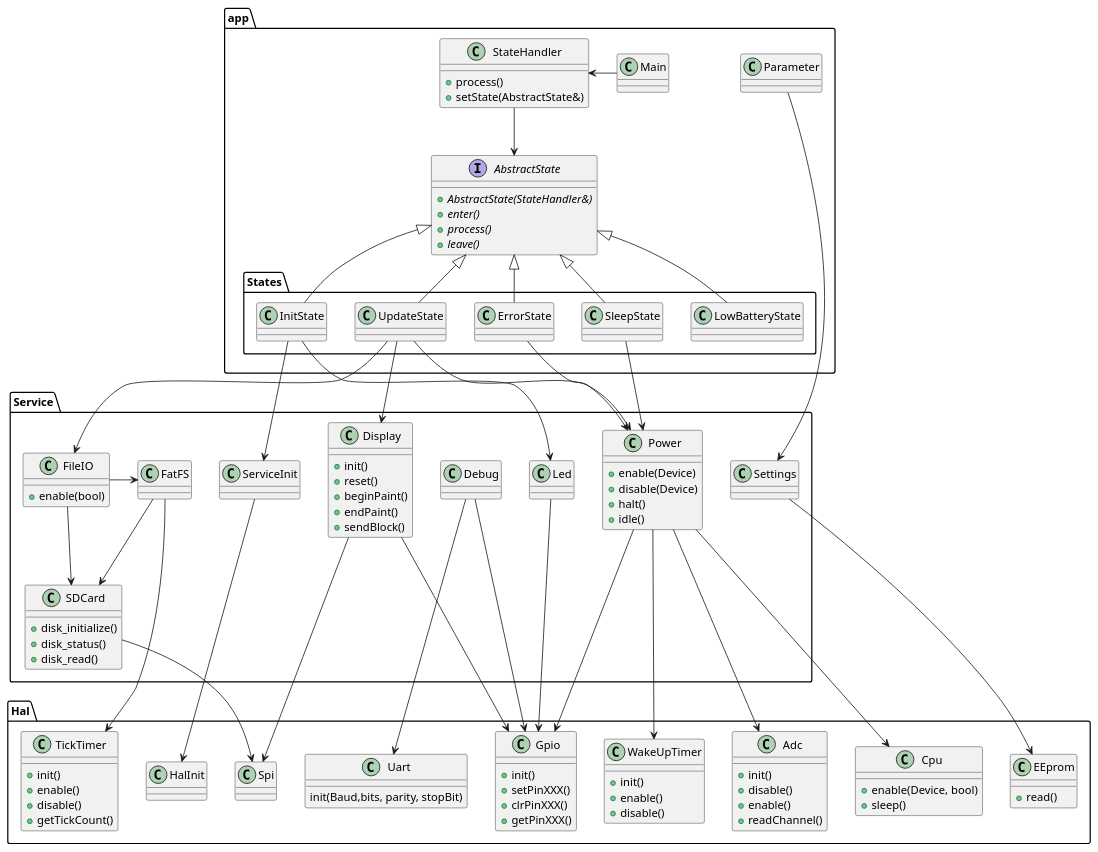
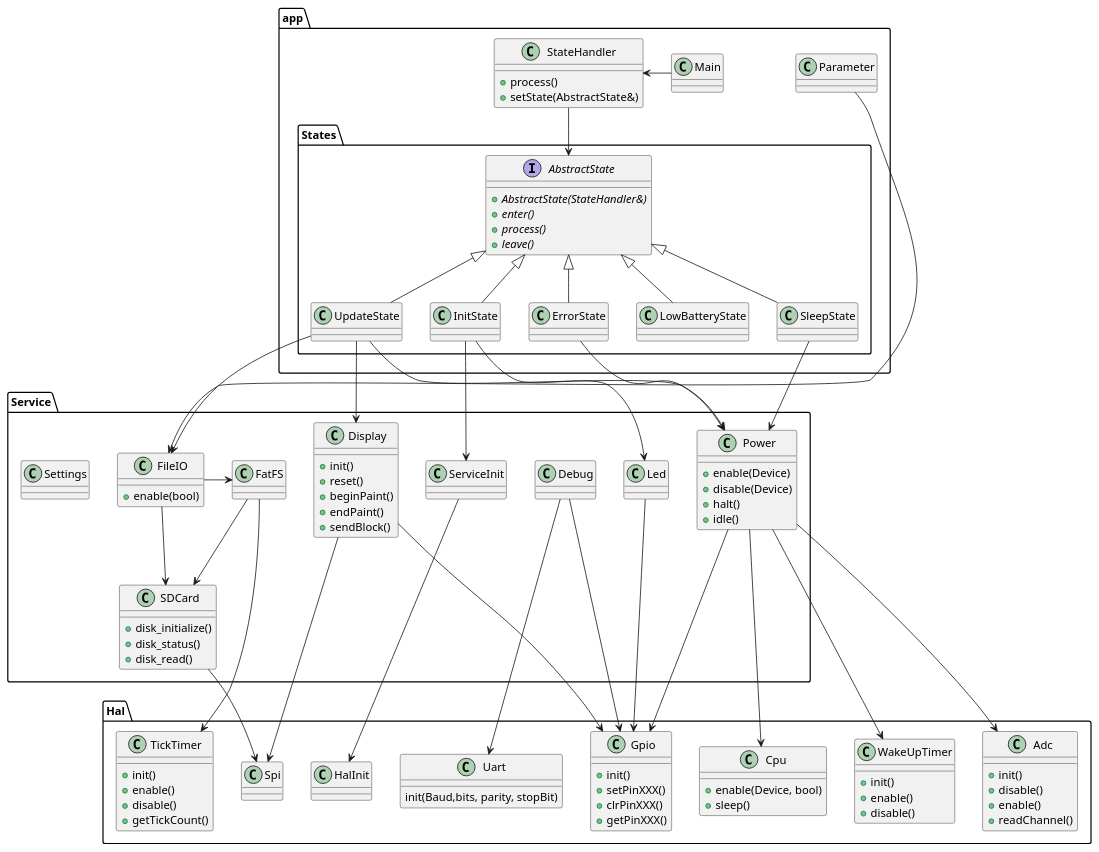
One commit to nhjschulz/EInkPicFrame changed the diagram in design/plantuml/ClassDiagram.plantuml. Above: the diagram before and after it, drawn with PlantUML. The commit also changed 4 other files, not shown here.

```diff
--- a/design/plantuml/ClassDiagram.plantuml
+++ b/design/plantuml/ClassDiagram.plantuml
@@ -1,152 +1,149 @@
-@startuml
+@startuml ClassDiagram
 
 package app {
-    class Main
+
+    class Main {
+
+    }
     class StateHandler {
         +process()
         +setState(AbstractState&)
     }
 
-    interface AbstractState {
+    class Parameter {
+
+    }
+    
+    package States {
+
+            interface AbstractState {
         {abstract}+AbstractState(StateHandler&)
         {abstract} +enter()
         {abstract} +process()
         {abstract} +leave()
     }
-
-    class Parameter {
-
-    }
-
-    package States {
         class SleepState
         class UpdateState
         class InitState
         class ErrorState
         class LowBatteryState
 
         UpdateState -u-|> AbstractState
         SleepState -u-|> AbstractState
         InitState -u-|> AbstractState
         ErrorState -u-|> AbstractState
         LowBatteryState -u-|> AbstractState
     }
 
     Main -> StateHandler
     StateHandler --> AbstractState
 }
 
 package Service {
     class FileIO {
         +enable(bool)
     }
     class FatFS
     class ServiceInit {
       
     }
     class Display {
         +init()
         +reset()
         +beginPaint()
         +endPaint()
         +sendBlock()
     }
     class SDCard {
         +disk_initialize()
         +disk_status()
         +disk_read()
     }
 
     class Debug
     
     class Led {
 
     }
 
     class Power {
         +enable(Device)
         +disable(Device)
         +halt()
         +idle()
     }
 
     class Settings {
 
     }
 
 }
 
 package Hal {
 
     class Spi 
     class Uart {
         init(Baud,bits, parity, stopBit)
 
     }
     
     class HalInit
     class Cpu {
         +enable(Device, bool)
         +sleep()
     }
     class Gpio {
         +init()
         +setPinXXX()
         +clrPinXXX()
         +getPinXXX()
     }
 
     class TickTimer {
         +init()
         +enable()
         +disable()
         +getTickCount()
     }
     
     class WakeUpTimer {
         +init()
         +enable()
         +disable()
     }
 
     class Adc {
         +init()
         +disable()
         +enable()
         +readChannel()
     }
-
-    class EEprom {
-        +read()
-    }
-
 }
-
+Parameter -> FileIO
 InitState --> ServiceInit
 InitState --> Led
 ServiceInit --> HalInit
 UpdateState --> FileIO
 UpdateState --> Display
 SleepState --> Power
 ErrorState --> Power
 UpdateState --> Power
-Parameter --> Settings
+
 
 FileIO ->FatFS
 FatFS --> SDCard
 FileIO --> SDCard
 
 Debug --> Uart
 Debug --> Gpio
 SDCard --> Spi
 Display --> Spi
 Display --> Gpio
 Power --> Cpu
 Power --> WakeUpTimer
 Power --> Gpio
 Power ---> Adc
 FatFS --> TickTimer
-Settings --> EEprom
 Led --> Gpio
 
 @enduml
```
